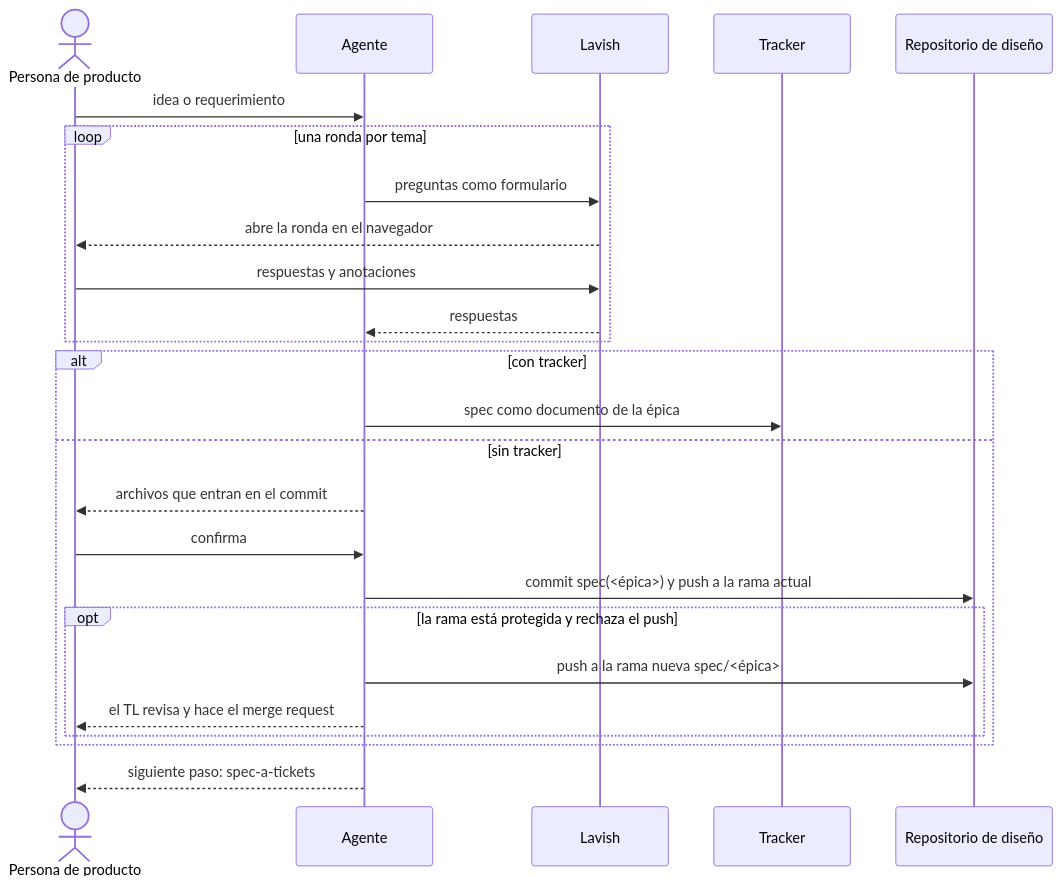
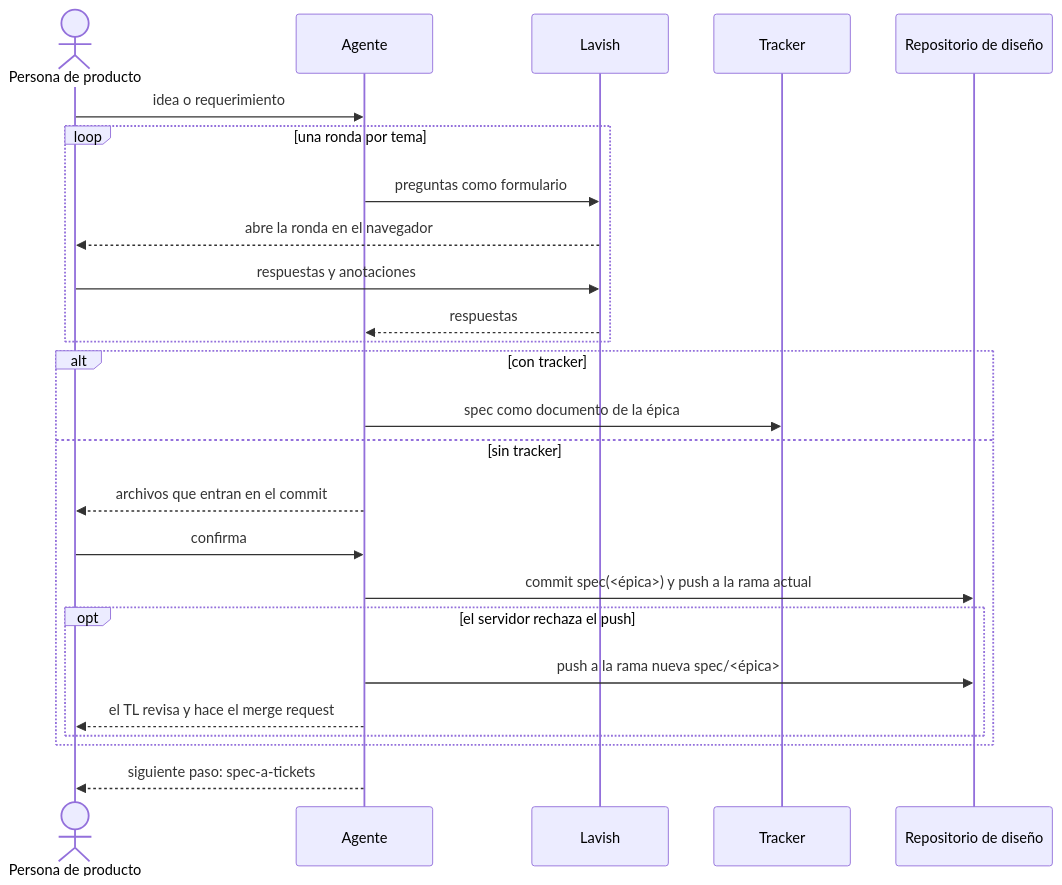
The second of 2 diagrams in README.md (grez-lucas/design-flow-skills), drawn with Mermaid before and after one commit. The commit also changed other lines of this file and 5 other files, not shown here.

````diff
--- a/README.md
+++ b/README.md
@@ -48,27 +48,27 @@
 ```mermaid
 sequenceDiagram
     actor P as Persona de producto
     participant A as Agente
     participant L as Lavish
     participant T as Tracker
     participant R as Repositorio de diseño
     P->>A: idea o requerimiento
     loop una ronda por tema
         A->>L: preguntas como formulario
         L-->>P: abre la ronda en el navegador
         P->>L: respuestas y anotaciones
         L-->>A: respuestas
     end
     alt con tracker
         A->>T: spec como documento de la épica
     else sin tracker
         A-->>P: archivos que entran en el commit
         P->>A: confirma
         A->>R: commit spec(<épica>) y push a la rama actual
-        opt la rama está protegida y rechaza el push
+        opt el servidor rechaza el push
             A->>R: push a la rama nueva spec/<épica>
             A-->>P: el TL revisa y hace el merge request
         end
     end
     A-->>P: siguiente paso: spec-a-tickets
 ```
````
